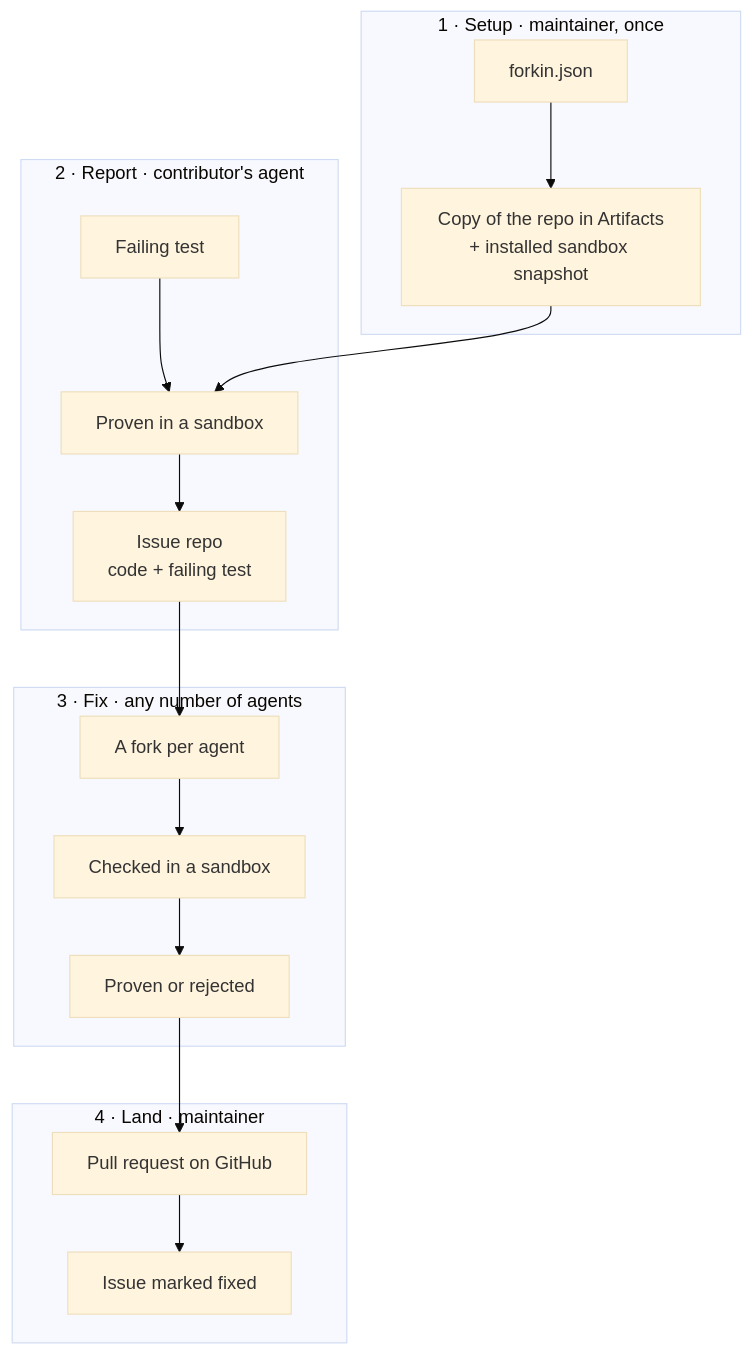
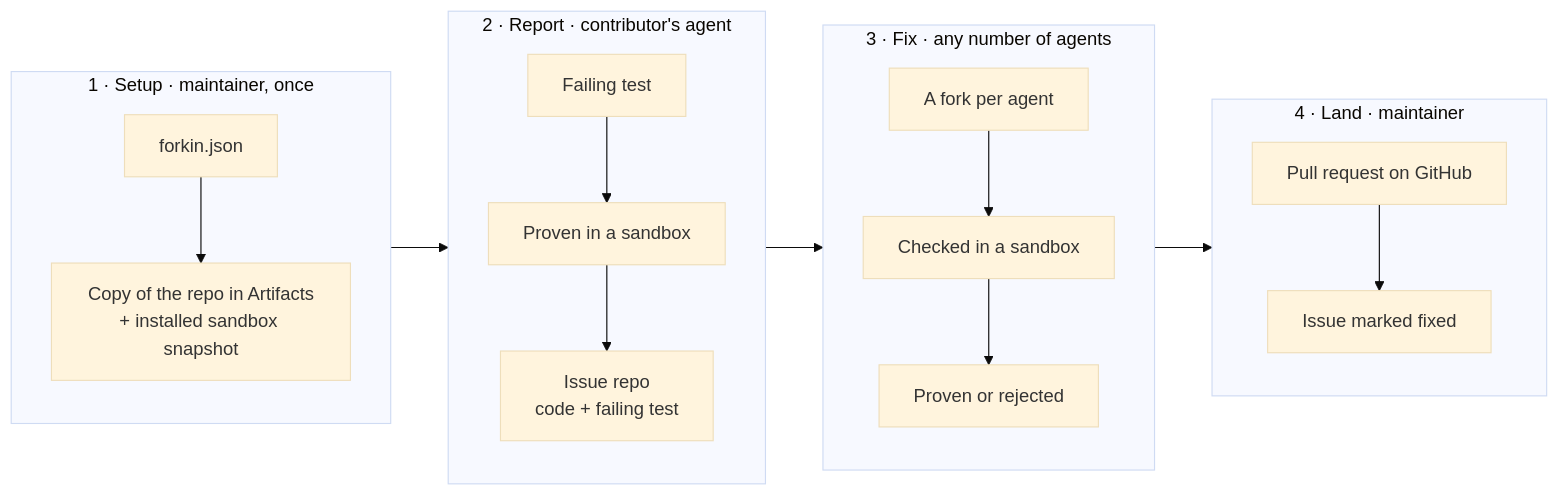
One commit to urjitc/forkin changed the diagram in README.md. Above: the diagram before and after it, drawn with Mermaid (base theme).

Commit message:
docs: lay the diagram out left to right

````diff
--- a/README.md
+++ b/README.md
@@ -11,22 +11,26 @@
 ```mermaid
-flowchart TB
+flowchart LR
     subgraph setup["1 · Setup · maintainer, once"]
+        direction TB
         config["forkin.json"] --> snapshot["Copy of the repo in Artifacts<br/>+ installed sandbox snapshot"]
     end
 
     subgraph report["2 · Report · contributor's agent"]
+        direction TB
         test["Failing test"] --> proven["Proven in a sandbox"] --> issue["Issue repo<br/>code + failing test"]
     end
 
     subgraph fix["3 · Fix · any number of agents"]
+        direction TB
         forks["A fork per agent"] --> check["Checked in a sandbox"] --> verdict["Proven or rejected"]
     end
 
     subgraph land["4 · Land · maintainer"]
+        direction TB
         pr["Pull request on GitHub"] --> fixed["Issue marked fixed"]
     end
 
     snapshot --> proven
     issue --> forks
     verdict --> pr
 ```
````
